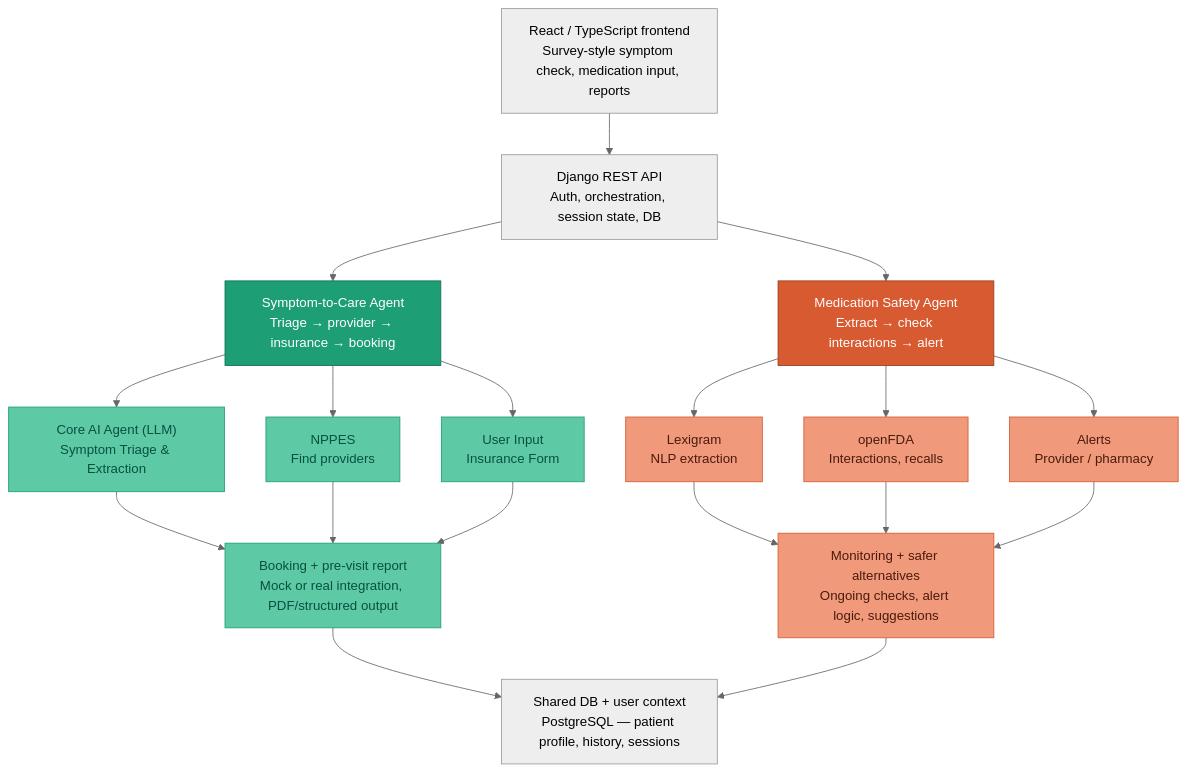
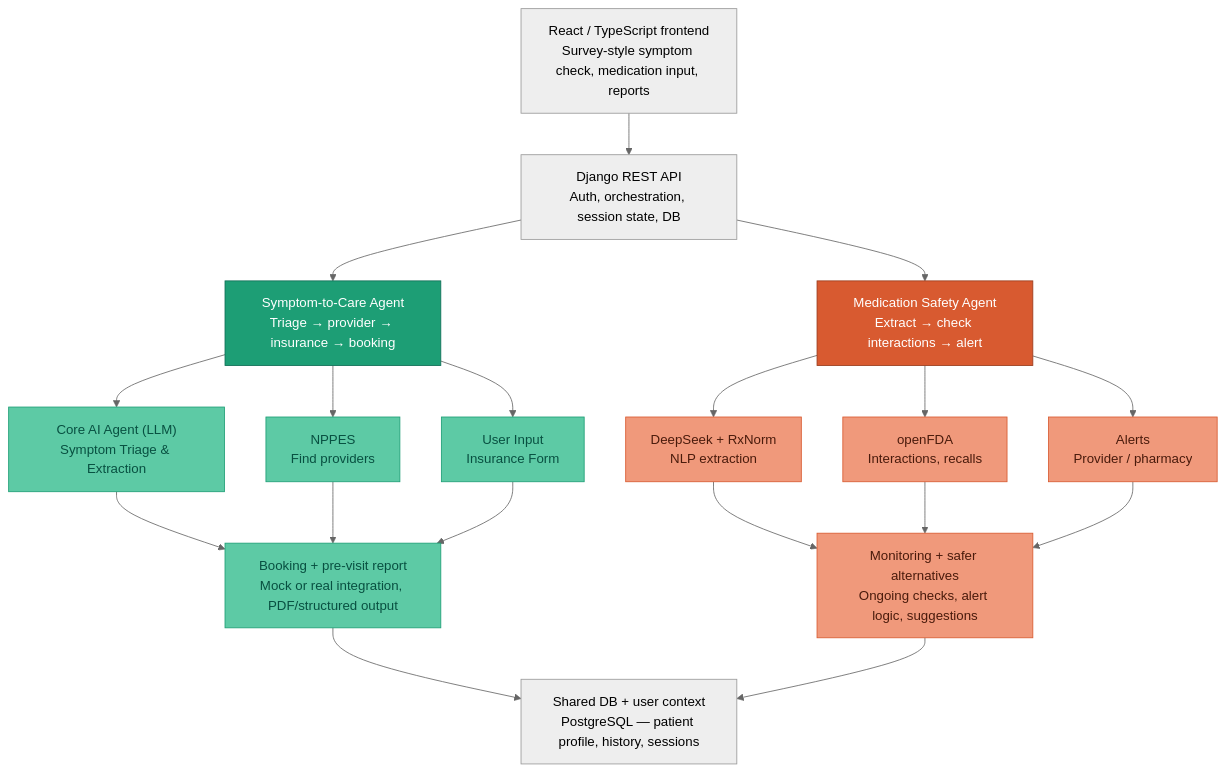
Before and after one commit to HealthAgentO1/HealthAgent: the diagram in docs/architecture.md, drawn with Mermaid (neutral theme). The commit also changed other lines of this file and 17 other files, not shown here.

````diff
--- a/docs/architecture.md
+++ b/docs/architecture.md
@@ -3,37 +3,37 @@
 ```mermaid
 flowchart TD
     FE["React / TypeScript frontend\nSurvey-style symptom check, medication input, reports"]
     API["Django REST API\nAuth, orchestration, session state, DB"]
 
     FE --> API
 
     API --> S1["Symptom-to-Care Agent\nTriage → provider → insurance → booking"]
     API --> S2["Medication Safety Agent\nExtract → check interactions → alert"]
 
     S1 --> A1["Core AI Agent (LLM)\nSymptom Triage & Extraction"]
     S1 --> A2["NPPES\nFind providers"]
     S1 --> A3["User Input\nInsurance Form"]
 
     A1 & A2 & A3 --> B1["Booking + pre-visit report\nMock or real integration, PDF/structured output"]
 
-    S2 --> B2["Lexigram\nNLP extraction"]
+    S2 --> B2["DeepSeek + RxNorm\nNLP extraction"]
     S2 --> B3["openFDA\nInteractions, recalls"]
     S2 --> B4["Alerts\nProvider / pharmacy"]
 
     B2 & B3 & B4 --> C1["Monitoring + safer alternatives\nOngoing checks, alert logic, suggestions"]
 
     B1 --> DB["Shared DB + user context\nPostgreSQL — patient profile, history, sessions"]
     C1 --> DB
 
     style S1 fill:#1D9E75,color:#fff,stroke:#0F6E56
     style A1 fill:#5DCAA5,color:#085041,stroke:#1D9E75
     style A2 fill:#5DCAA5,color:#085041,stroke:#1D9E75
     style A3 fill:#5DCAA5,color:#085041,stroke:#1D9E75
     style B1 fill:#5DCAA5,color:#085041,stroke:#1D9E75
 
     style S2 fill:#D85A30,color:#fff,stroke:#993C1D
     style B2 fill:#F0997B,color:#4A1B0C,stroke:#D85A30
     style B3 fill:#F0997B,color:#4A1B0C,stroke:#D85A30
     style B4 fill:#F0997B,color:#4A1B0C,stroke:#D85A30
     style C1 fill:#F0997B,color:#4A1B0C,stroke:#D85A30
 ```
````
